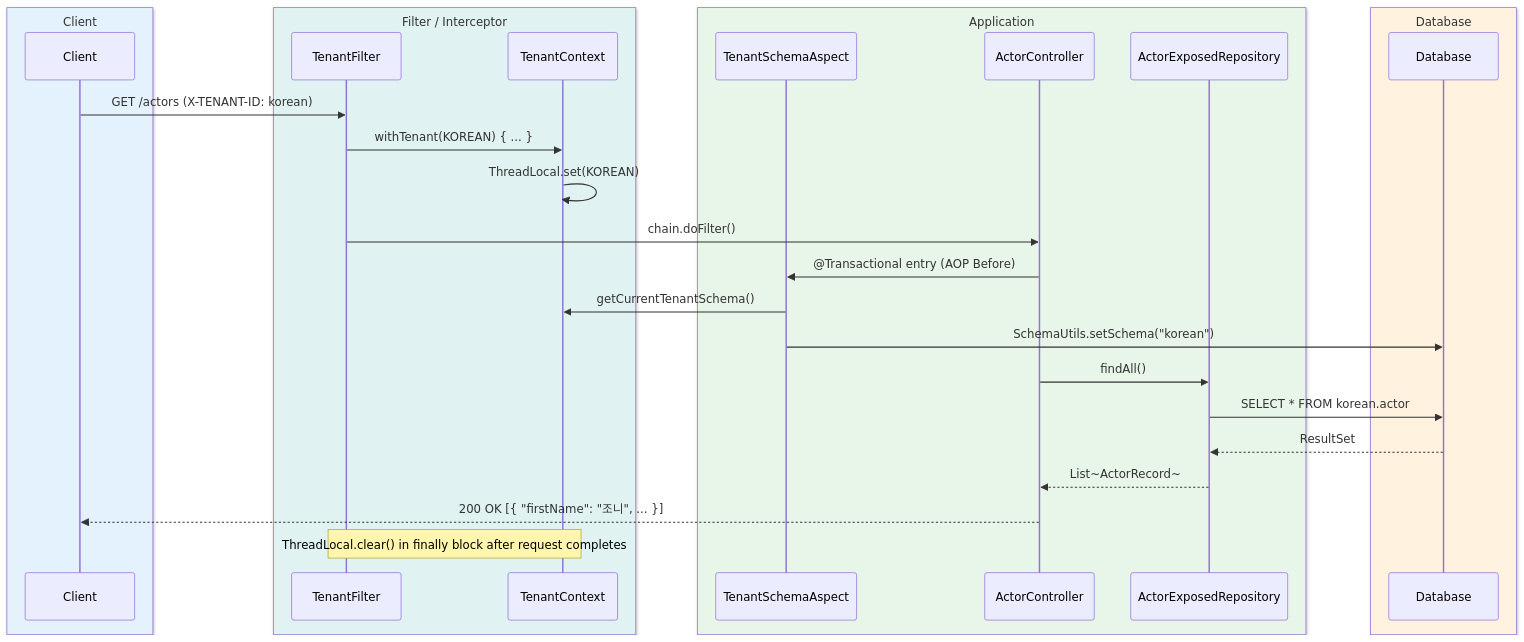
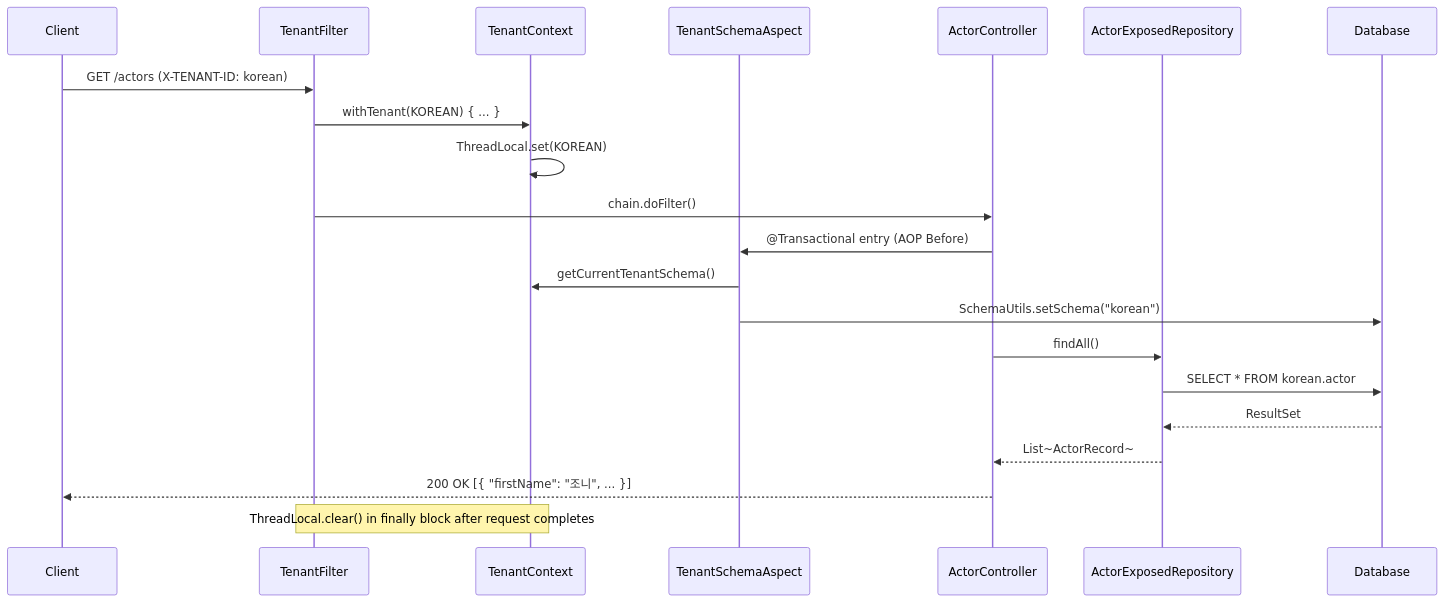
Before and after one commit to bluetape4k/exposed-workshop: the fourth of 4 diagrams in 10-multi-tenant/01-multitenant-spring-web/README.md, drawn with Mermaid. The commit also changed 42 other files, not shown here.

First line of the commit message:
docs: sequence diagram에서 box rgb() 제거 (option 1 - GitHub dark mode 기본 렌더링 사용)

````diff
--- a/10-multi-tenant/01-multitenant-spring-web/README.md
+++ b/10-multi-tenant/01-multitenant-spring-web/README.md
@@ -195,36 +195,28 @@
 ```mermaid
 %%{init: {"theme": "neutral", "themeVariables": {"fontFamily": "'Comic Mono', 'goorm sans code', 'JetBrains Mono', 'goorm sans'"}}}%%
 sequenceDiagram
-    box rgb(227, 242, 253) Client
-        participant Client
-    end
-    box rgb(224, 242, 241) Filter / Interceptor
-        participant TenantFilter
-        participant TenantContext
-    end
-    box rgb(232, 245, 233) Application
-        participant TenantSchemaAspect
-        participant ActorController
-        participant ActorExposedRepository
-    end
-    box rgb(255, 243, 224) Database
-        participant Database
-    end
+    participant Client
+    participant TenantFilter
+    participant TenantContext
+    participant TenantSchemaAspect
+    participant ActorController
+    participant ActorExposedRepository
+    participant Database
 
     Client->>TenantFilter: GET /actors (X-TENANT-ID: korean)
     TenantFilter->>TenantContext: withTenant(KOREAN) { ... }
     TenantContext->>TenantContext: ThreadLocal.set(KOREAN)
 
     TenantFilter->>ActorController: chain.doFilter()
     ActorController->>TenantSchemaAspect: @Transactional entry (AOP Before)
     TenantSchemaAspect->>TenantContext: getCurrentTenantSchema()
     TenantSchemaAspect->>Database: SchemaUtils.setSchema("korean")
 
     ActorController->>ActorExposedRepository: findAll()
     ActorExposedRepository->>Database: SELECT * FROM korean.actor
     Database-->>ActorExposedRepository: ResultSet
     ActorExposedRepository-->>ActorController: List~ActorRecord~
     ActorController-->>Client: 200 OK [{ "firstName": "조니", ... }]
 
     Note over TenantFilter,TenantContext: ThreadLocal.clear() in finally block after request completes
 ```
````
